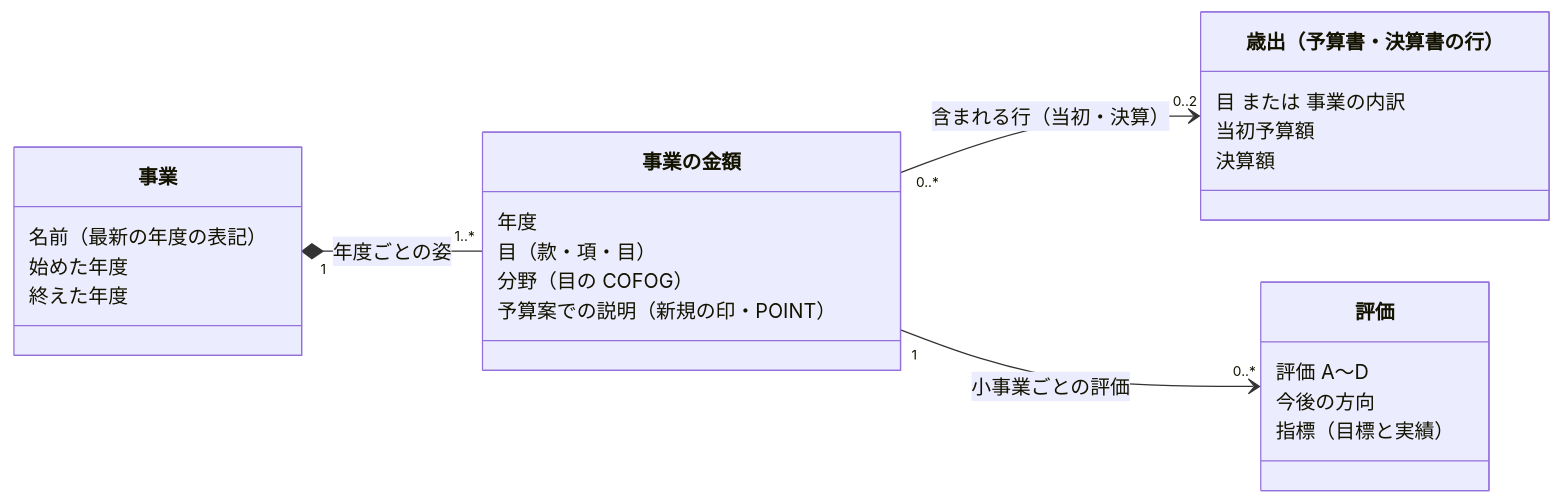
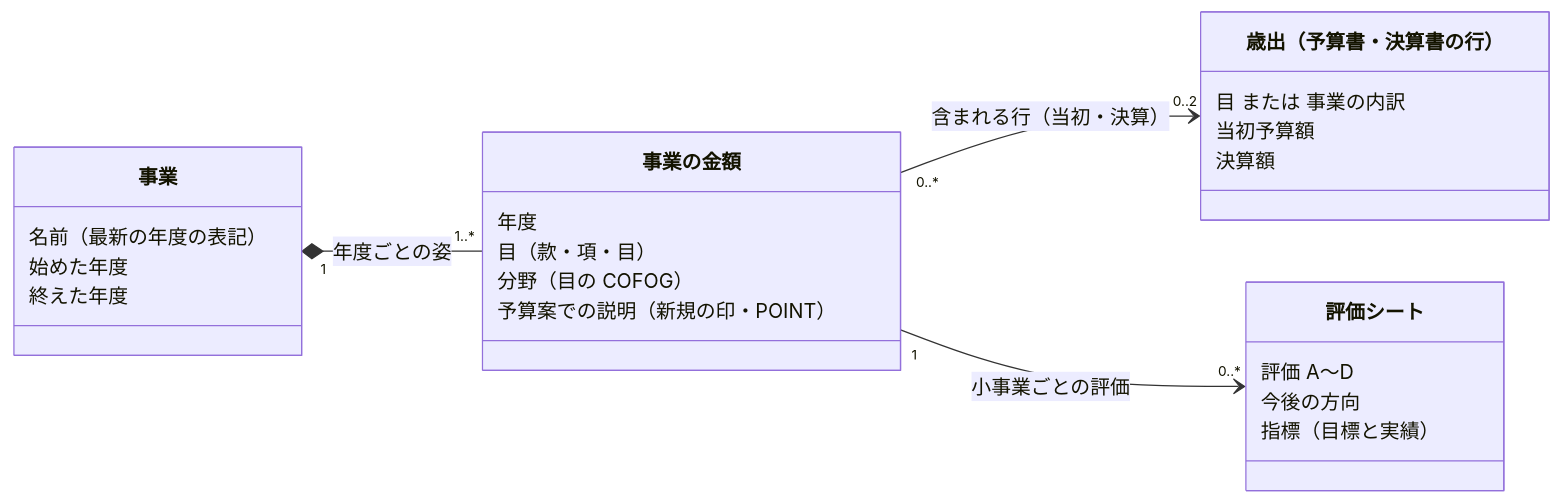
The diagram in docs/prd/jurisdiction-page-data/project-domain-model.md (fudoki-hensansitu/fudoki), drawn with Mermaid before and after one commit. The commit also changed other lines of this file, not shown here.

````diff
--- a/docs/prd/jurisdiction-page-data/project-domain-model.md
+++ b/docs/prd/jurisdiction-page-data/project-domain-model.md
@@ -17,28 +17,28 @@
 ```mermaid
 classDiagram
     direction LR
     class Project["事業"] {
         名前（最新の年度の表記）
         始めた年度
         終えた年度
     }
     class ProjectYear["事業の金額"] {
         年度
         目（款・項・目）
         分野（目の COFOG）
         予算案での説明（新規の印・POINT）
     }
     class Expenditure["歳出（予算書・決算書の行）"] {
         目 または 事業の内訳
         当初予算額
         決算額
     }
-    class Evaluation["評価"] {
+    class Evaluation["評価シート"] {
         評価 A〜D
         今後の方向
         指標（目標と実績）
     }
     Project "1" *-- "1..*" ProjectYear : 年度ごとの姿
     ProjectYear "0..*" --> "0..2" Expenditure : 含まれる行（当初・決算）
     ProjectYear "1" --> "0..*" Evaluation : 小事業ごとの評価
 ```
````
